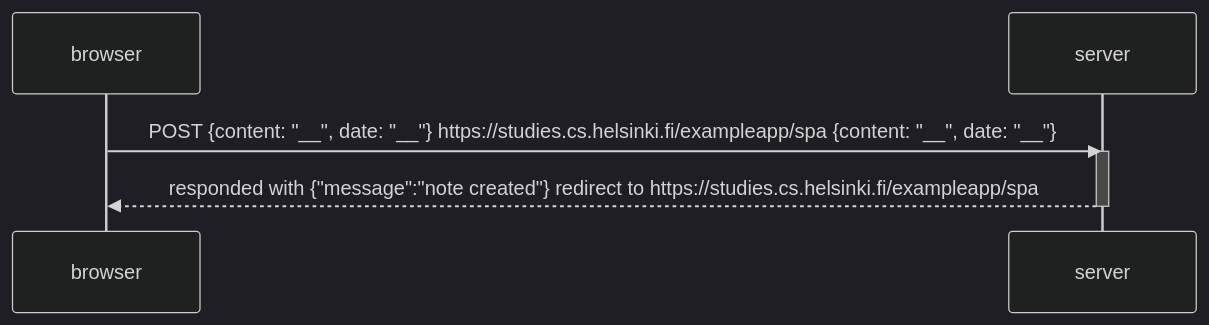
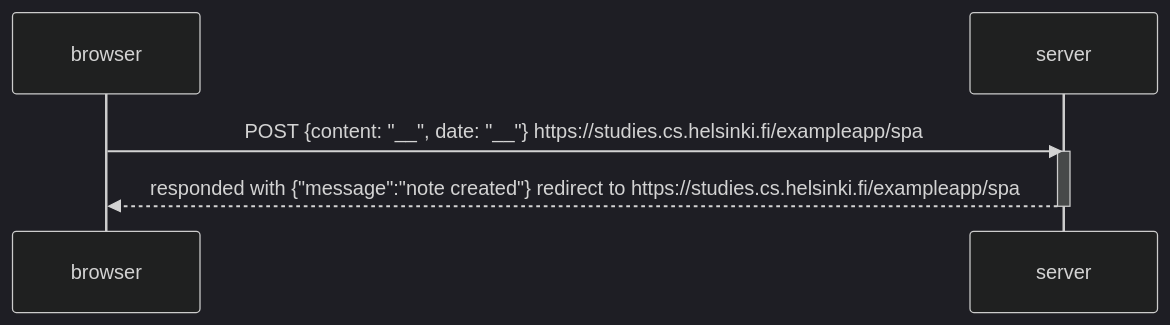
Before and after one commit to MattMunoz/Full-Stack-Helsinki: the diagram in part 0/0_6.md, drawn with Mermaid (dark theme).

````diff
--- a/part 0/0_6.md
+++ b/part 0/0_6.md
@@ -1,10 +1,10 @@
 ```mermaid
 sequenceDiagram
     participant browser
     participant server
 
-    browser->>server: POST {content: "__", date: "__"} https://studies.cs.helsinki.fi/exampleapp/spa {content: "__", date: "__"}
+    browser->>server: POST {content: "__", date: "__"} https://studies.cs.helsinki.fi/exampleapp/spa
     activate server
     server-->>browser: responded with {"message":"note created"} redirect to https://studies.cs.helsinki.fi/exampleapp/spa
     deactivate server
 ```
````
